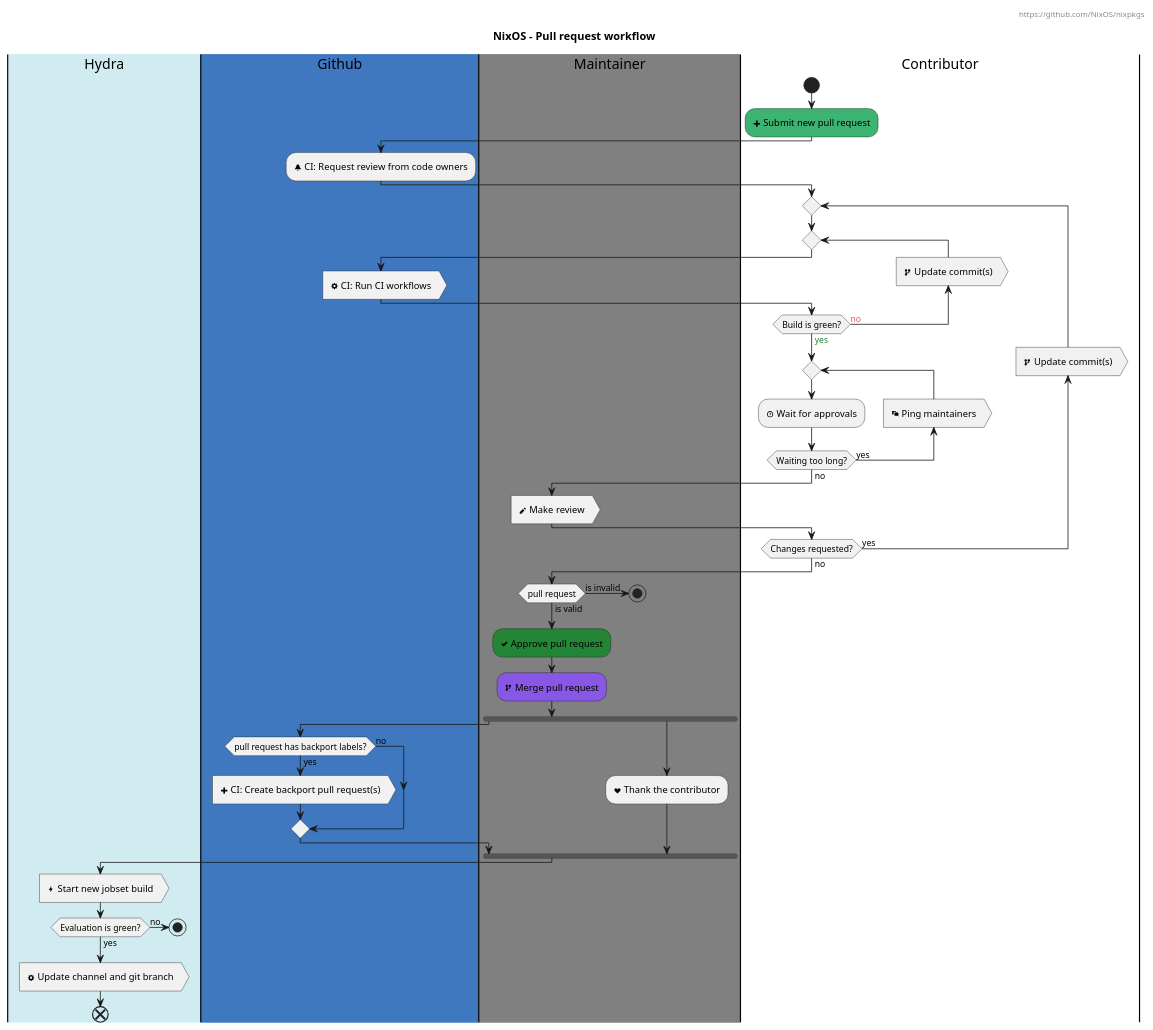
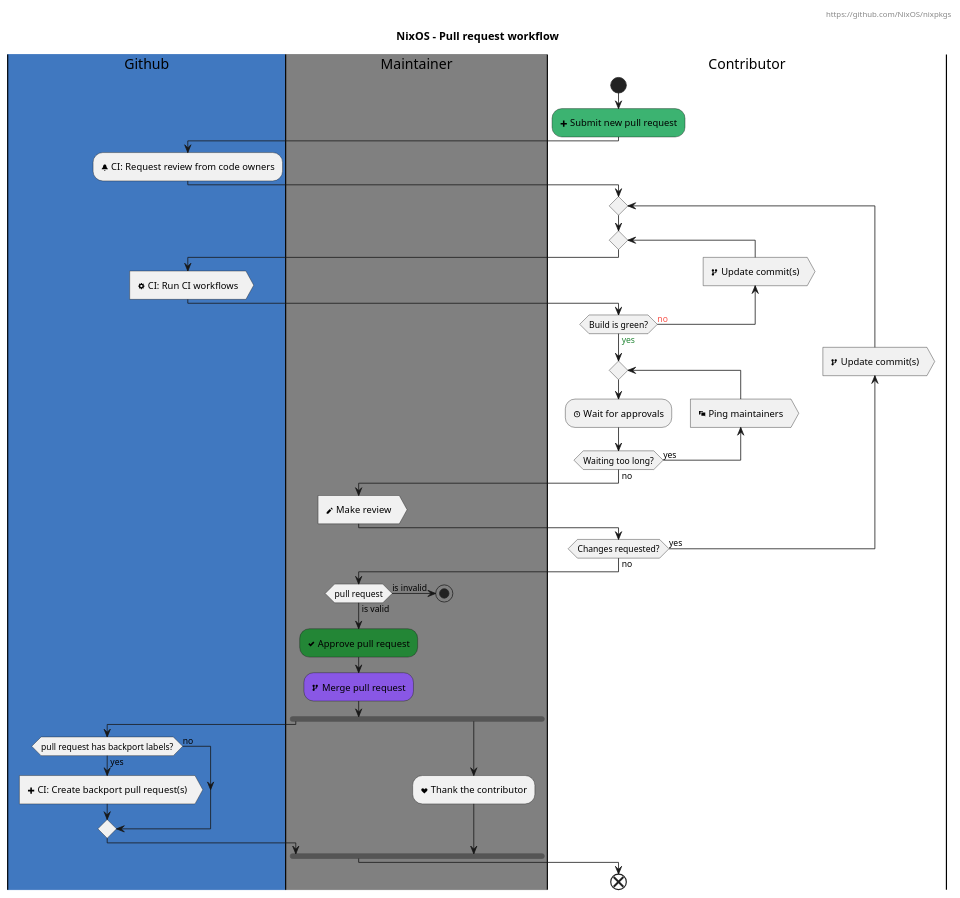
Before and after one commit to NixOS/nixpkgs: the diagram in doc/diagrams/pull-request.plantuml, drawn with PlantUML.

Commit message:
remove `hydra` swimlane

```diff
--- a/doc/diagrams/pull-request.plantuml
+++ b/doc/diagrams/pull-request.plantuml
@@ -1,71 +1,61 @@
 @startuml
 title Nixos - Pull request workflow
 header
 https://github.com/NixOS/nixpkgs
 endheader
 
 title NixOS - Pull request workflow
 
-|#d1ecf1|Hydra|
 |#4078c0|Github|
 |#grey|Maintainer|
 |#white|Contributor|
 
 |Contributor|
 start
   #MediumSeaGreen:<&plus> Submit new pull request;
 
   |Github|
   :<&bell> CI: Request review from code owners;
 
   |Contributor|
   repeat
     repeat
       label Here
       backward :<&fork> Update commit(s)>
       |Github|
       :<&cog> CI: Run CI workflows>
       |Contributor|
     repeat while (Build is green?) is (<color:#f85149>no) not (<color:#238636>yes)
 
     repeat
     :<&clock> Wait for approvals;
     backward :<&chat> Ping maintainers>
     repeat while (Waiting too long?) is (yes) not (no)
     |Maintainer|
     :<&pencil> Make review>
     |Contributor|
     backward :<&fork> Update commit(s)>
   repeat while (Changes requested?) is (yes) not (no)
   |Maintainer|
   if (pull request) is (is invalid) then
     stop
   else (is valid)
   endif
   #238636:<&check> Approve pull request;
 
   |Maintainer|
   #8957e5:<&fork> Merge pull request;
 
   fork
   |Github|
   if (pull request has backport labels?) is (yes) then
     :<&plus> CI: Create backport pull request(s)>
   else (no)
   endif
   fork again
   |Maintainer|
   :<&heart> Thank the contributor;
   end fork
-
-  |Hydra|
-  :<&bolt> Start new jobset build>
-  if (Evaluation is green?) is (no) then
-
-  stop
-  else (yes)
-  endif
-
-  :<&cog> Update channel and git branch>
+  |Contributor|
 end
 @enduml
```
